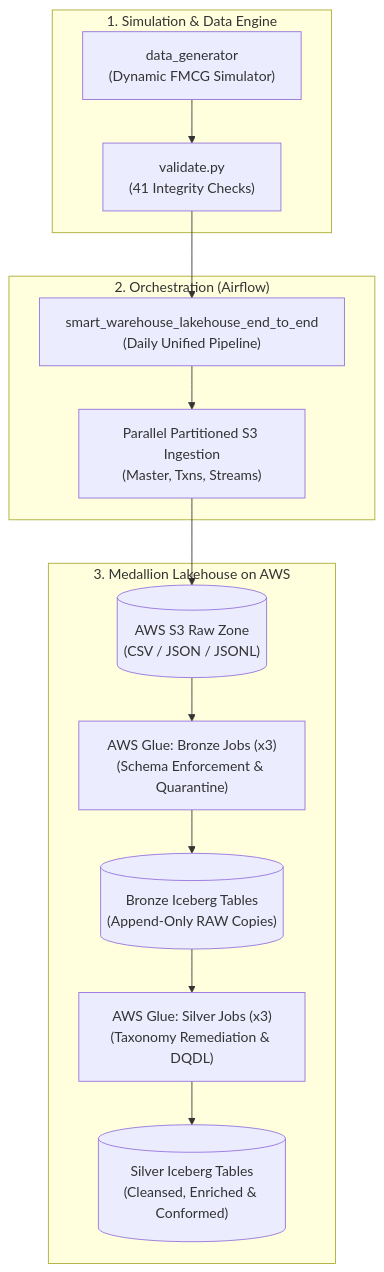
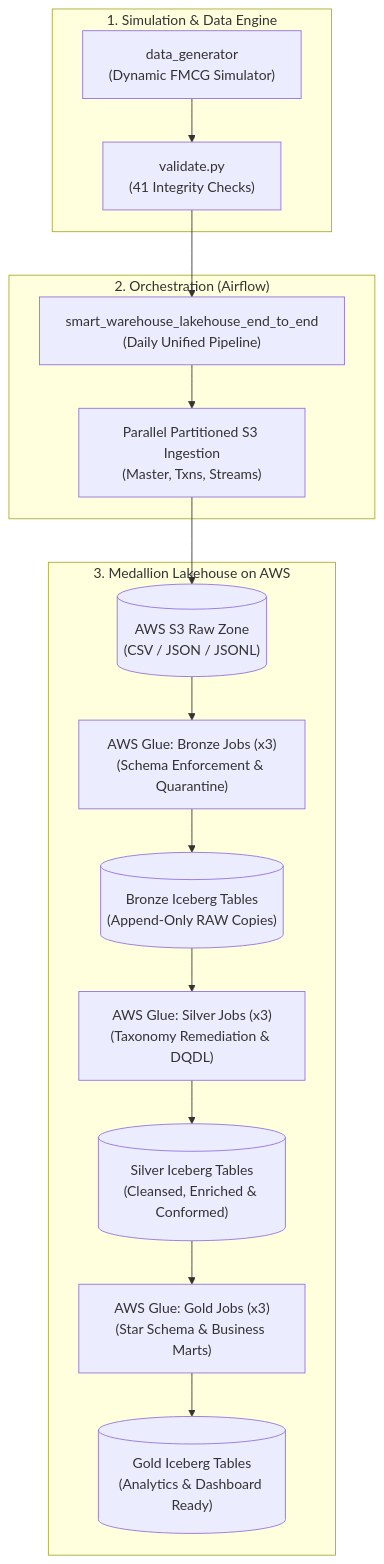
One commit to nhahub/NHA-5-137 changed the diagram in README.md. Above: the diagram before and after it, drawn with Mermaid. The commit also changed other lines of this file and 8 other files, not shown here.

Commit message:
AWS Glue Gold Layer Pipeline

````diff
--- a/README.md
+++ b/README.md
@@ -15,30 +15,34 @@
 ```mermaid
 graph TD
     subgraph Layer1["1. Simulation & Data Engine"]
         SIM["data_generator<br/>(Dynamic FMCG Simulator)"]
         VAL["validate.py<br/>(41 Integrity Checks)"]
         SIM --> VAL
     end
 
     subgraph Layer2["2. Orchestration (Airflow)"]
         DAG["smart_warehouse_lakehouse_end_to_end<br/>(Daily Unified Pipeline)"]
         S3_INGEST["Parallel Partitioned S3 Ingestion<br/>(Master, Txns, Streams)"]
         DAG --> S3_INGEST
     end
 
     subgraph Layer3["3. Medallion Lakehouse on AWS"]
         S3_RAW[("AWS S3 Raw Zone<br/>(CSV / JSON / JSONL)")]
         GLUE_BRONZE["AWS Glue: Bronze Jobs (x3)<br/>(Schema Enforcement & Quarantine)"]
         BRONZE_ICEBERG[("Bronze Iceberg Tables<br/>(Append-Only RAW Copies)")]
         GLUE_SILVER["AWS Glue: Silver Jobs (x3)<br/>(Taxonomy Remediation & DQDL)"]
         SILVER_ICEBERG[("Silver Iceberg Tables<br/>(Cleansed, Enriched & Conformed)")]
+        GLUE_GOLD["AWS Glue: Gold Jobs (x3)<br/>(Star Schema & Business Marts)"]
+        GOLD_ICEBERG[("Gold Iceberg Tables<br/>(Analytics & Dashboard Ready)")]
 
         S3_INGEST --> S3_RAW
         S3_RAW --> GLUE_BRONZE
         GLUE_BRONZE --> BRONZE_ICEBERG
         BRONZE_ICEBERG --> GLUE_SILVER
         GLUE_SILVER --> SILVER_ICEBERG
+        SILVER_ICEBERG --> GLUE_GOLD
+        GLUE_GOLD --> GOLD_ICEBERG
     end
 
     VAL --> DAG
 ```
````
